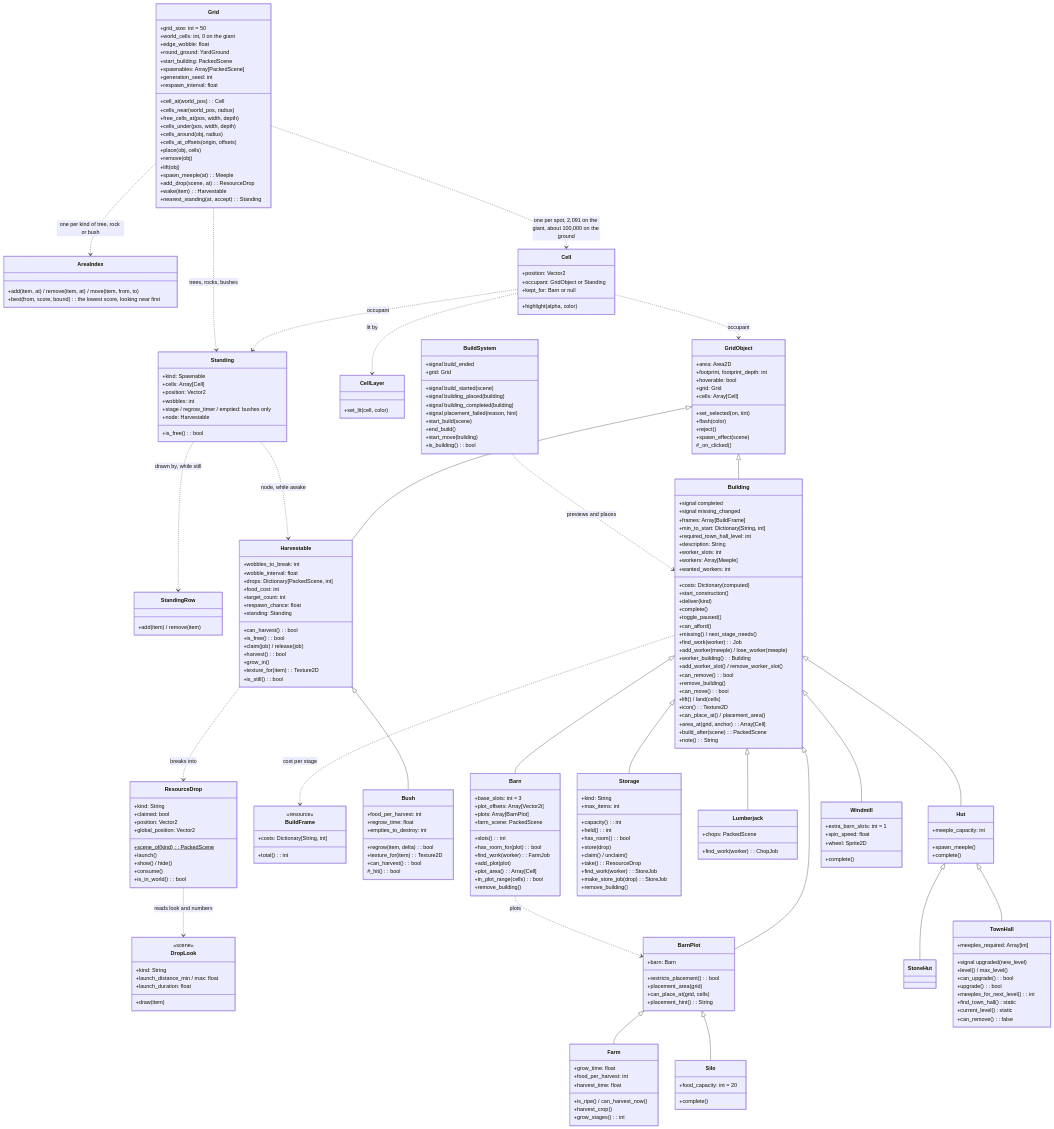
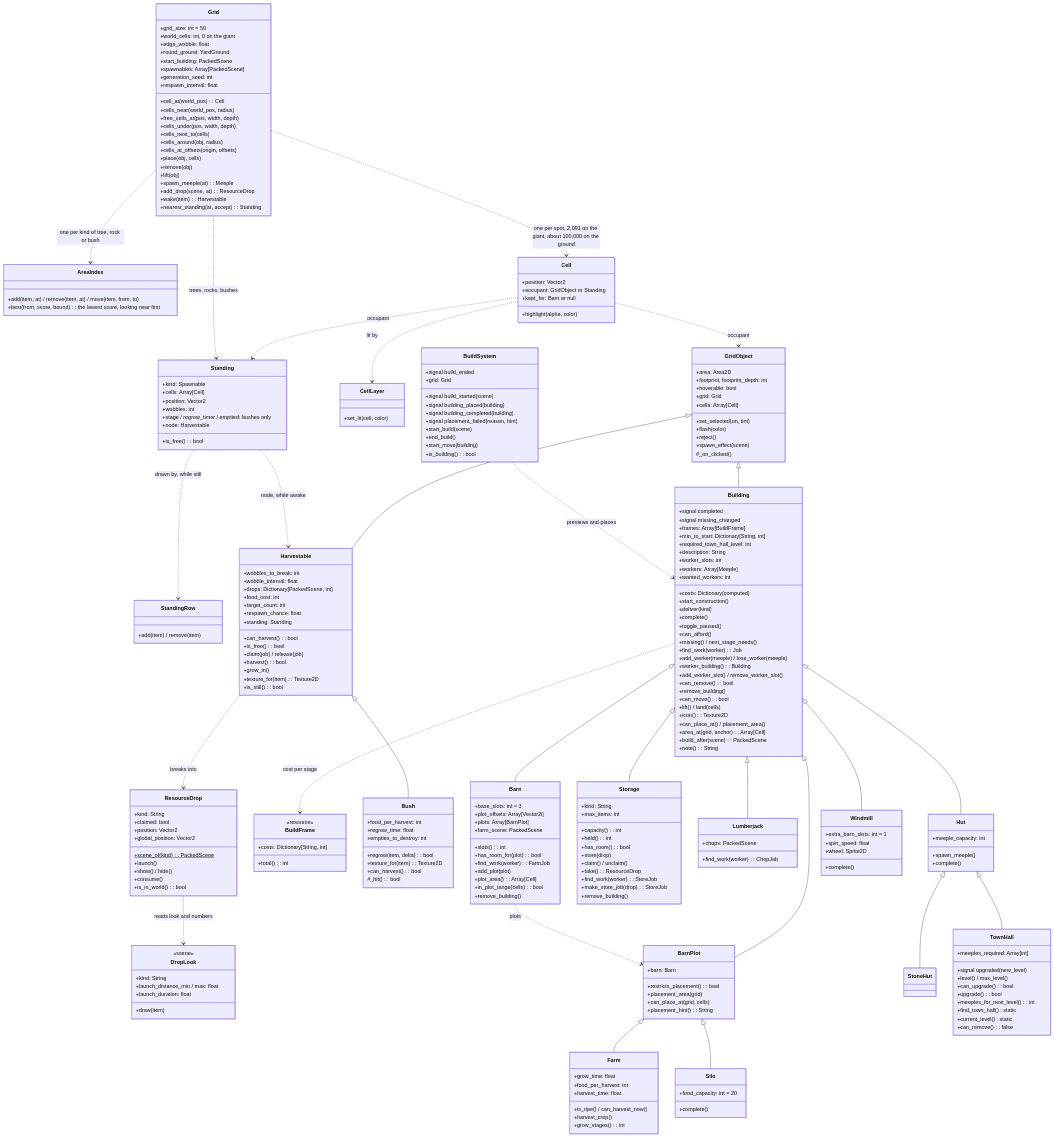
One commit to Liam-M-Mays/game-jam-2026 changed the ninth of 11 diagrams in docs/architecture.md. Above: the diagram before and after it, drawn with Mermaid. The commit also changed 2 other files, not shown here.

Commit message:
Also light the cells right next to the building while placing (#126)

```diff
--- a/docs/architecture.md
+++ b/docs/architecture.md
@@ -350,6 +350,7 @@
         +cells_near(world_pos, radius)
         +free_cells_at(pos, width, depth)
         +cells_under(pos, width, depth)
+        +cells_next_to(cells)
         +cells_around(obj, radius)
         +cells_at_offsets(origin, offsets)
         +place(obj, cells)
```
